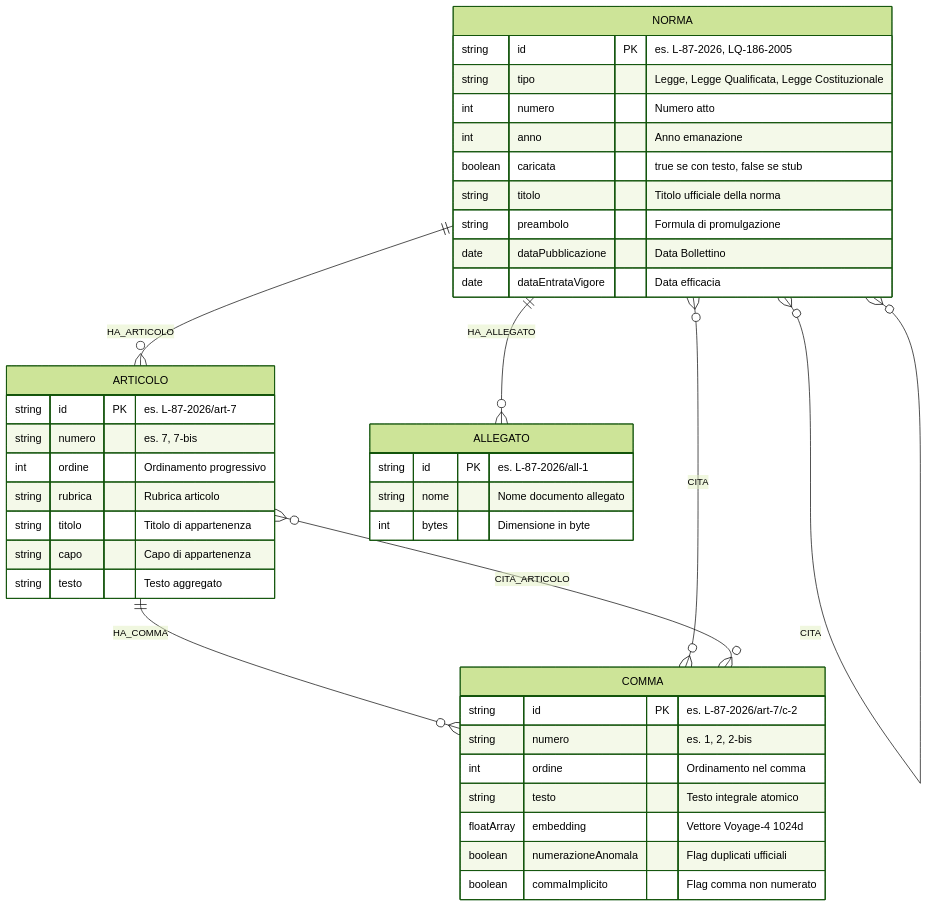
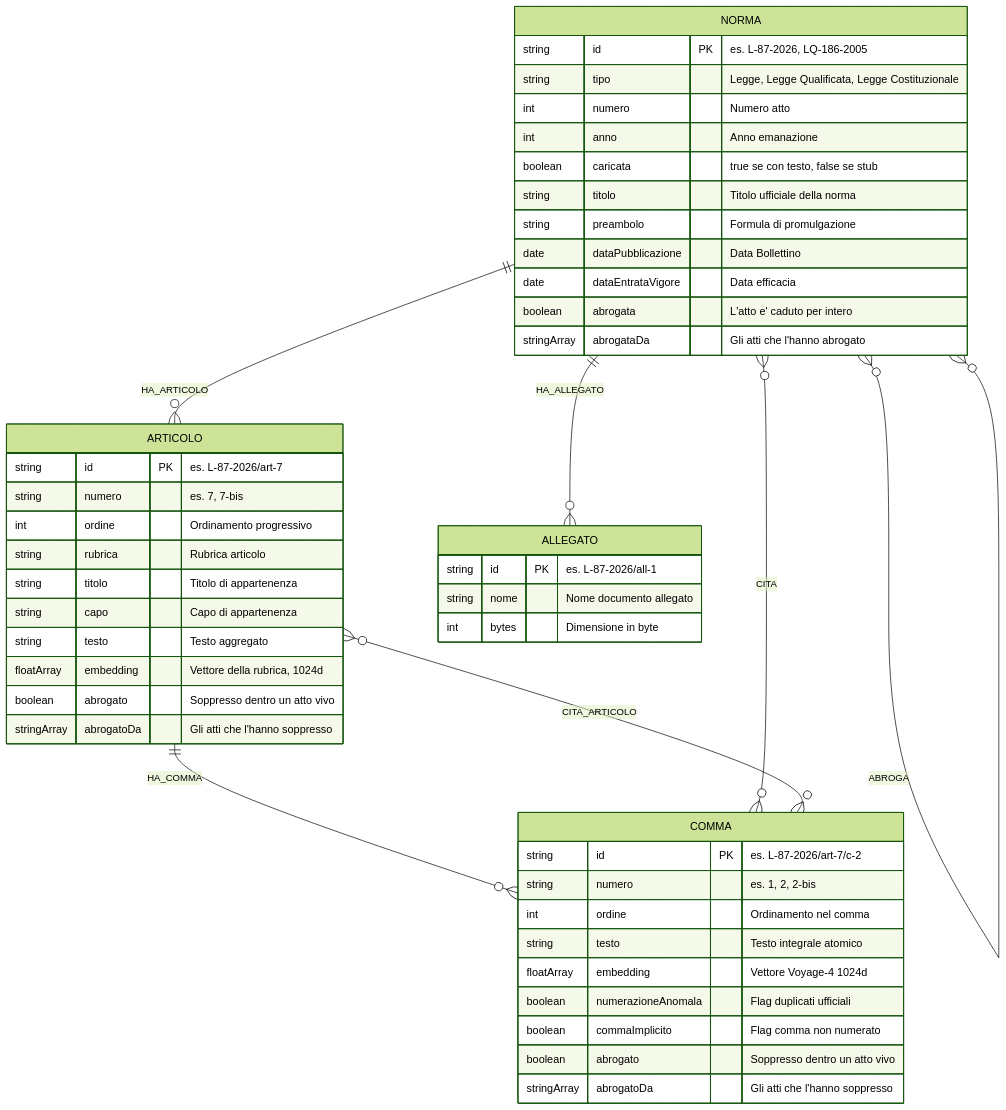
One commit to simorina/GraphResponsa changed the first of 2 diagrams in docs/architettura-knowledge-graph.md. Above: the diagram before and after it, drawn with Mermaid (forest theme). The commit also changed other lines of this file, not shown here.

````diff
--- a/docs/architettura-knowledge-graph.md
+++ b/docs/architettura-knowledge-graph.md
@@ -22,47 +23,55 @@
 ```mermaid
 erDiagram
     NORMA ||--o{ ARTICOLO : HA_ARTICOLO
     ARTICOLO ||--o{ COMMA : HA_COMMA
     NORMA ||--o{ ALLEGATO : HA_ALLEGATO
     COMMA }o--o{ NORMA : CITA
     COMMA }o--o{ ARTICOLO : CITA_ARTICOLO
     NORMA }o--o{ NORMA : CITA
+    NORMA }o--o{ NORMA : ABROGA
 
     NORMA {
         string id PK "es. L-87-2026, LQ-186-2005"
         string tipo "Legge, Legge Qualificata, Legge Costituzionale"
         int numero "Numero atto"
         int anno "Anno emanazione"
         boolean caricata "true se con testo, false se stub"
         string titolo "Titolo ufficiale della norma"
         string preambolo "Formula di promulgazione"
         date dataPubblicazione "Data Bollettino"
         date dataEntrataVigore "Data efficacia"
+        boolean abrogata "L'atto e' caduto per intero"
+        stringArray abrogataDa "Gli atti che l'hanno abrogato"
     }
 
     ARTICOLO {
         string id PK "es. L-87-2026/art-7"
         string numero "es. 7, 7-bis"
         int ordine "Ordinamento progressivo"
         string rubrica "Rubrica articolo"
         string titolo "Titolo di appartenenza"
         string capo "Capo di appartenenza"
         string testo "Testo aggregato"
+        floatArray embedding "Vettore della rubrica, 1024d"
+        boolean abrogato "Soppresso dentro un atto vivo"
+        stringArray abrogatoDa "Gli atti che l'hanno soppresso"
     }
 
     COMMA {
         string id PK "es. L-87-2026/art-7/c-2"
         string numero "es. 1, 2, 2-bis"
         int ordine "Ordinamento nel comma"
         string testo "Testo integrale atomico"
         floatArray embedding "Vettore Voyage-4 1024d"
         boolean numerazioneAnomala "Flag duplicati ufficiali"
         boolean commaImplicito "Flag comma non numerato"
+        boolean abrogato "Soppresso dentro un atto vivo"
+        stringArray abrogatoDa "Gli atti che l'hanno soppresso"
     }
 
     ALLEGATO {
         string id PK "es. L-87-2026/all-1"
         string nome "Nome documento allegato"
         int bytes "Dimensione in byte"
     }
 ```
````
